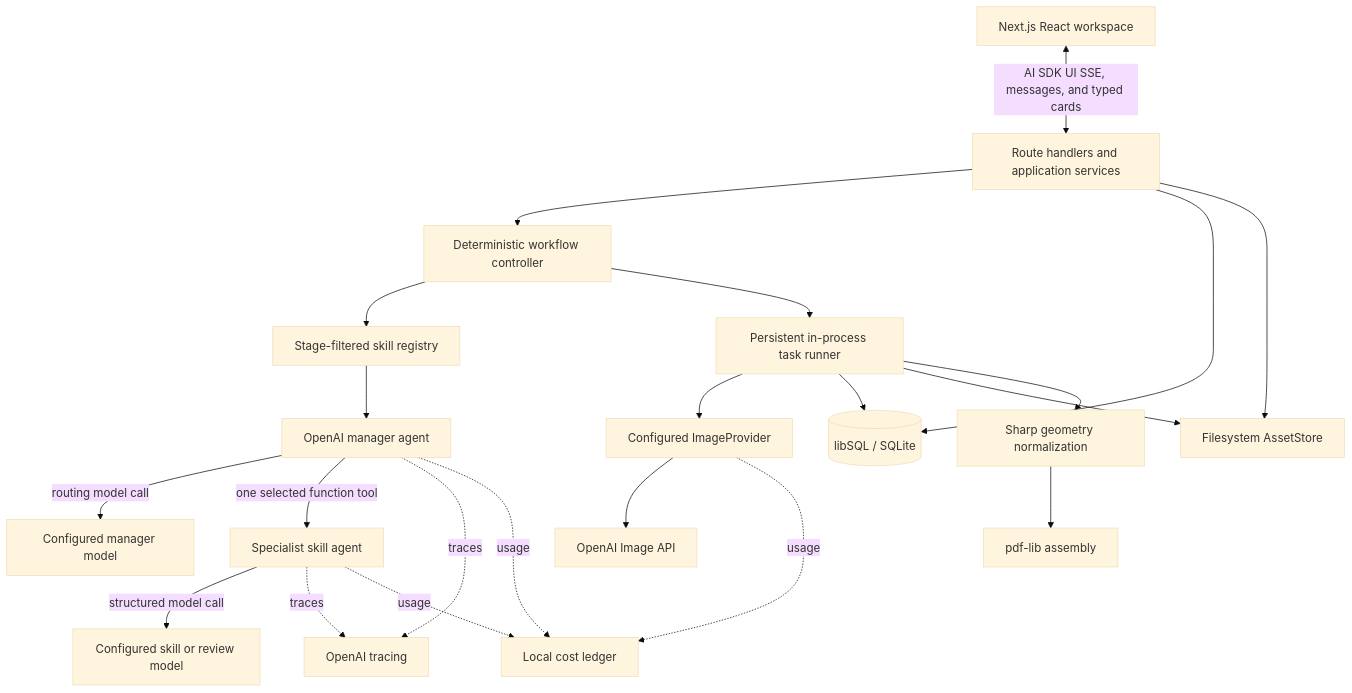
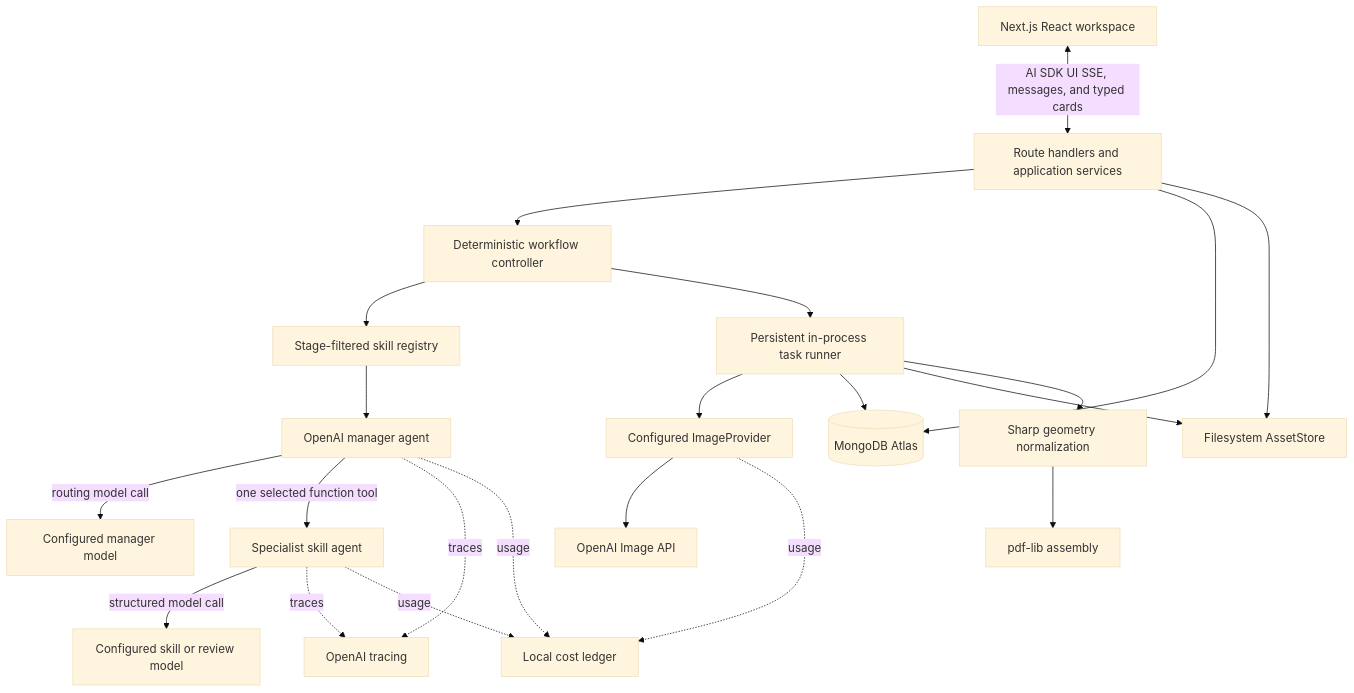
Before and after one commit to karpishe-experiments/agentic-poc: the third of 3 diagrams in docs/accepted/2026-08-01_end-to-end-poc/kids-comic-poc-prd.md, drawn with Mermaid (base theme). The commit also changed other lines of this file and 27 other files, not shown here.

````diff
--- a/docs/accepted/2026-08-01_end-to-end-poc/kids-comic-poc-prd.md
+++ b/docs/accepted/2026-08-01_end-to-end-poc/kids-comic-poc-prd.md
@@ -528,24 +526,24 @@
 ```mermaid
 flowchart TB
     UI[Next.js React workspace] <-->|AI SDK UI SSE, messages, and typed cards| API[Route handlers and application services]
     API --> WF[Deterministic workflow controller]
     WF --> REG[Stage-filtered skill registry]
     REG --> MGR[OpenAI manager agent]
     MGR -->|routing model call| MTXT[Configured manager model]
     MGR -->|one selected function tool| SK[Specialist skill agent]
     SK -->|structured model call| STXT[Configured skill or review model]
     WF --> RUN[Persistent in-process task runner]
     RUN --> IP[Configured ImageProvider]
     IP --> OAI[OpenAI Image API]
-    RUN --> DB[(libSQL / SQLite)]
+    RUN --> DB[(MongoDB Atlas)]
     RUN --> FS[Filesystem AssetStore]
     RUN --> CMP[Sharp geometry normalization]
     CMP --> PDF[pdf-lib assembly]
     API --> DB
     API --> FS
     MGR -. traces .-> TR[OpenAI tracing]
     SK -. traces .-> TR
     MGR -. usage .-> LED[Local cost ledger]
     SK -. usage .-> LED
     IP -. usage .-> LED
 ```
````
